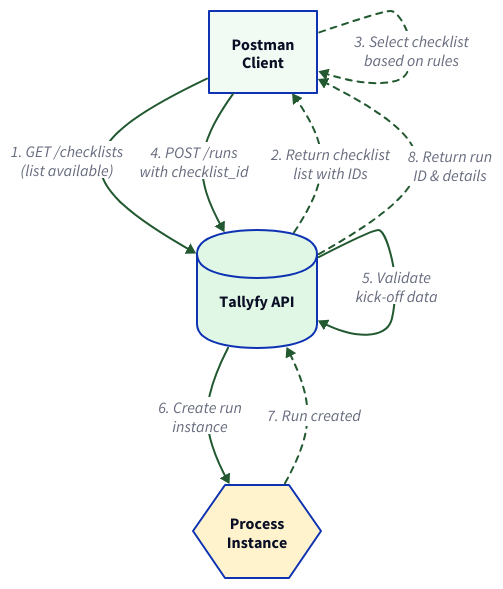
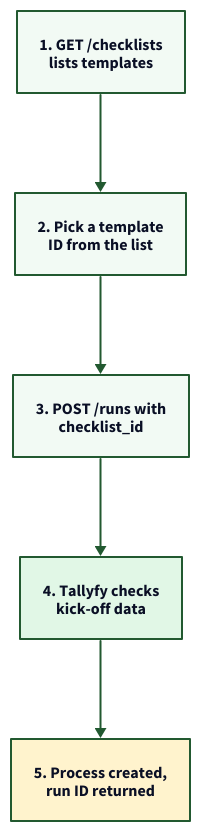
Before and after one commit to tallyfy/documentation: the diagram in src/content/docs/pro/integrations/open-api/api-clients/postman/templates-processes.mdx, drawn with D2. The commit also changed other lines of this file and 13 other files, not shown here.

First line of the commit message:
Redraw 16 diagrams on 14 pages so they read at full size

````diff
--- a/src/content/docs/pro/integrations/open-api/api-clients/postman/templates-processes.mdx
+++ b/src/content/docs/pro/integrations/open-api/api-clients/postman/templates-processes.mdx
@@ -30,57 +30,42 @@
 ```d2
+# Launching a process from a template with the API
 direction: down
 
-Postman: "Postman\nClient" {
-  shape: rectangle
+List: "1. GET /checklists\nlists templates" {
   style.fill: "#f2faf4"
-}
-
-API: "Tallyfy API" {
-  shape: cylinder
-  style.fill: "#e1f7e6"
-}
-
-Process: "Process\nInstance" {
-  shape: hexagon
-  style.fill: "#fff3cd"
-}
-
-# Step 1: List templates
-Postman -> API: "1. GET /checklists\n(list available)" {
   style.stroke: "#225930"
 }
 
-API -> Postman: "2. Return checklist\nlist with IDs" {
-  style.stroke: "#225930"
-  style.stroke-dash: 3
-}
-
-# Step 2: Select and launch
-Postman -> Postman: "3. Select checklist\nbased on rules" {
-  style.stroke: "#225930"
-  style.stroke-dash: 3
-}
-
-Postman -> API: "4. POST /runs\nwith checklist_id" {
-  style.stroke: "#225930"
-  style.stroke-width: 2
-}
-
-API -> API: "5. Validate\nkick-off data" {
+Pick: "2. Pick a template\nID from the list" {
+  style.fill: "#f2faf4"
   style.stroke: "#225930"
 }
 
-API -> Process: "6. Create run\ninstance" {
+Post: "3. POST /runs with\nchecklist_id" {
+  style.fill: "#f2faf4"
   style.stroke: "#225930"
 }
 
-Process -> API: "7. Run created" {
+Check: "4. Tallyfy checks\nkick-off data" {
+  style.fill: "#e1f7e6"
   style.stroke: "#225930"
-  style.stroke-dash: 3
 }
 
-API -> Postman: "8. Return run\nID & details" {
+Done: "5. Process created,\nrun ID returned" {
+  style.fill: "#fff3cd"
   style.stroke: "#225930"
-  style.stroke-dash: 3
+}
+
+List -> Pick: {
+  style.stroke: "#225930"
+}
+Pick -> Post: {
+  style.stroke: "#225930"
+}
+Post -> Check: {
+  style.stroke: "#225930"
+}
+Check -> Done: {
+  style.stroke: "#225930"
 }
 ```
````
